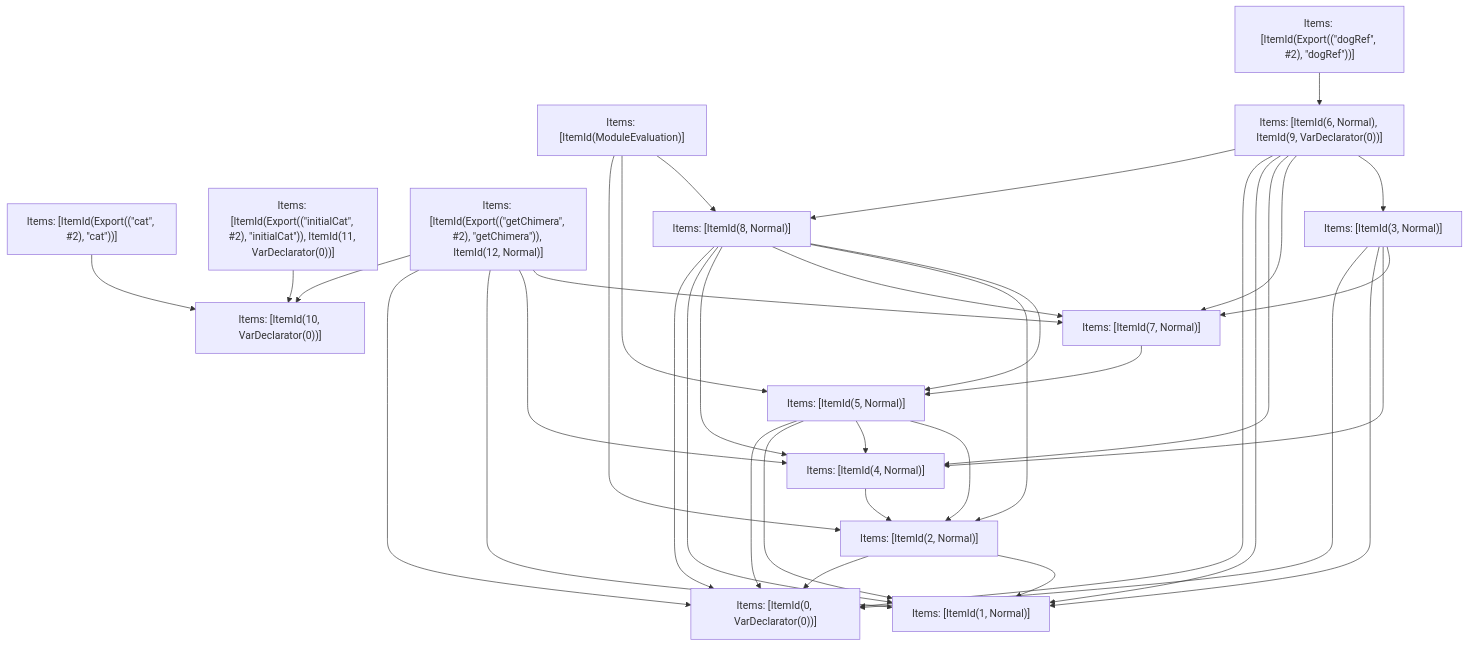
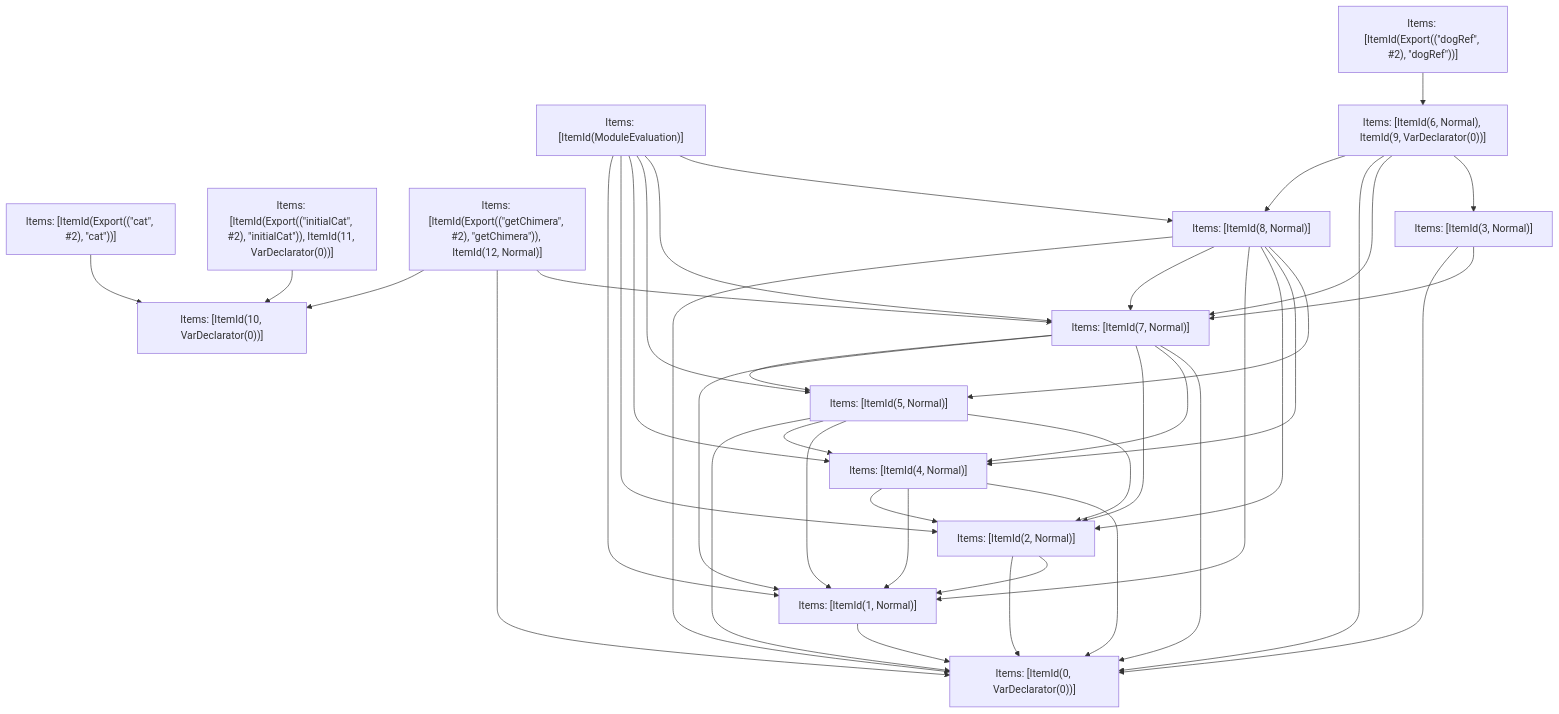
One commit to vercel/turborepo changed the fifth of 5 diagrams in crates/turbopack-ecmascript/tests/tree-shaker/analyzer/complex/output.md. Above: the diagram before and after it, drawn with Mermaid. The commit also changed other lines of this file and 3 other files, not shown here.

````diff
--- a/crates/turbopack-ecmascript/tests/tree-shaker/analyzer/complex/output.md
+++ b/crates/turbopack-ecmascript/tests/tree-shaker/analyzer/complex/output.md
@@ -351,53 +364,57 @@
 ```mermaid
 graph TD
     N0["Items: [ItemId(ModuleEvaluation)]"];
     N1["Items: [ItemId(Export((&quot;dogRef&quot;, #2), &quot;dogRef&quot;))]"];
     N2["Items: [ItemId(Export((&quot;cat&quot;, #2), &quot;cat&quot;))]"];
     N3["Items: [ItemId(Export((&quot;initialCat&quot;, #2), &quot;initialCat&quot;)), ItemId(11, VarDeclarator(0))]"];
     N4["Items: [ItemId(Export((&quot;getChimera&quot;, #2), &quot;getChimera&quot;)), ItemId(12, Normal)]"];
     N5["Items: [ItemId(6, Normal), ItemId(9, VarDeclarator(0))]"];
     N6["Items: [ItemId(0, VarDeclarator(0))]"];
     N7["Items: [ItemId(1, Normal)]"];
     N8["Items: [ItemId(2, Normal)]"];
     N9["Items: [ItemId(3, Normal)]"];
     N10["Items: [ItemId(4, Normal)]"];
     N11["Items: [ItemId(5, Normal)]"];
     N12["Items: [ItemId(7, Normal)]"];
     N13["Items: [ItemId(8, Normal)]"];
     N14["Items: [ItemId(10, VarDeclarator(0))]"];
+    N0 --> N7;
     N0 --> N8;
+    N0 --> N10;
     N0 --> N11;
+    N0 --> N12;
     N0 --> N13;
     N1 --> N5;
     N2 --> N14;
     N3 --> N14;
     N4 --> N14;
     N4 --> N6;
-    N4 --> N7;
-    N4 --> N10;
     N4 --> N12;
     N5 --> N13;
     N5 --> N6;
-    N5 --> N7;
-    N5 --> N10;
     N5 --> N12;
     N5 --> N9;
+    N7 --> N6;
     N8 --> N6;
     N8 --> N7;
     N9 --> N6;
-    N9 --> N7;
-    N9 --> N10;
     N9 --> N12;
     N10 --> N8;
+    N10 --> N7;
+    N10 --> N6;
     N11 --> N6;
+    N11 --> N10;
     N11 --> N7;
-    N11 --> N10;
     N11 --> N8;
     N12 --> N11;
+    N12 --> N7;
+    N12 --> N8;
+    N12 --> N10;
+    N12 --> N6;
     N13 --> N6;
+    N13 --> N12;
     N13 --> N7;
+    N13 --> N8;
     N13 --> N10;
-    N13 --> N12;
-    N13 --> N8;
     N13 --> N11;
 ```
````
